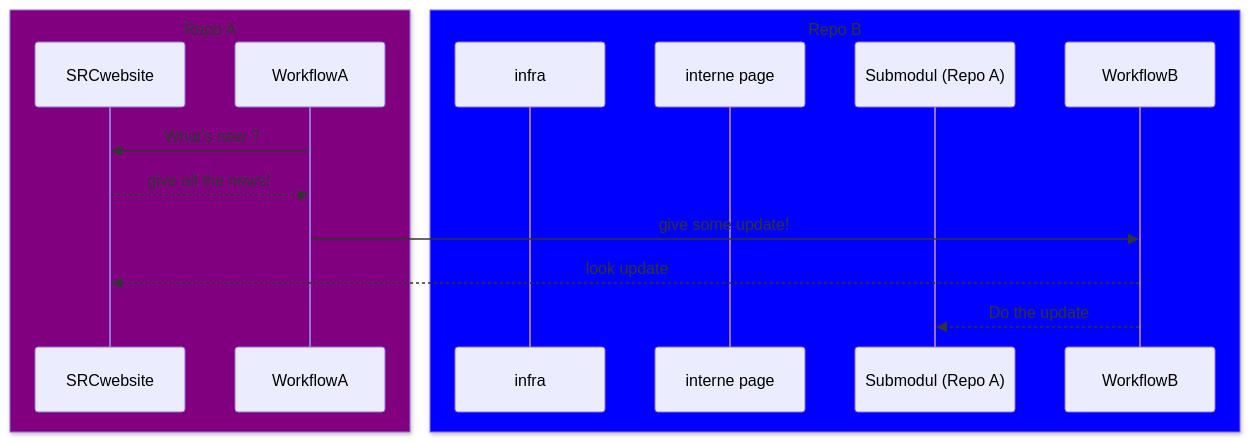
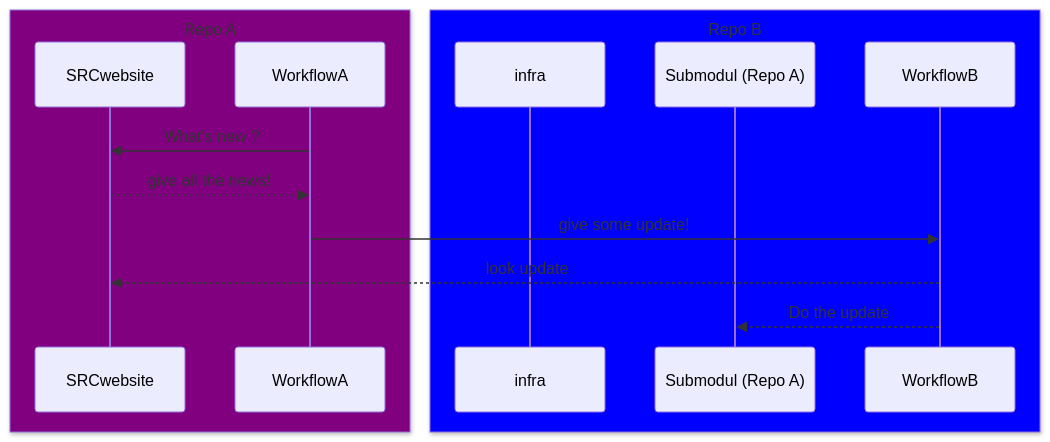
Before and after one commit to TheotimChevalier/Repo-B: the diagram in README.md, drawn with Mermaid.

````diff
--- a/README.md
+++ b/README.md
@@ -3,19 +3,18 @@
 ```mermaid
 
     sequenceDiagram
     box Purple Repo A
     participant SRCwebsite
     participant WorkflowA
     end
     box blue Repo B
     participant infra
-    participant interne page 
     participant Submodul (Repo A)
     participant  WorkflowB
     end
      WorkflowA->>SRCwebsite: What's new ?
     SRCwebsite-->> WorkflowA: give all the news!
      WorkflowA->> WorkflowB: give some update!
      WorkflowB-->> SRCwebsite: look update 
      WorkflowB-->>Submodul (Repo A): Do the update
 ```
````
